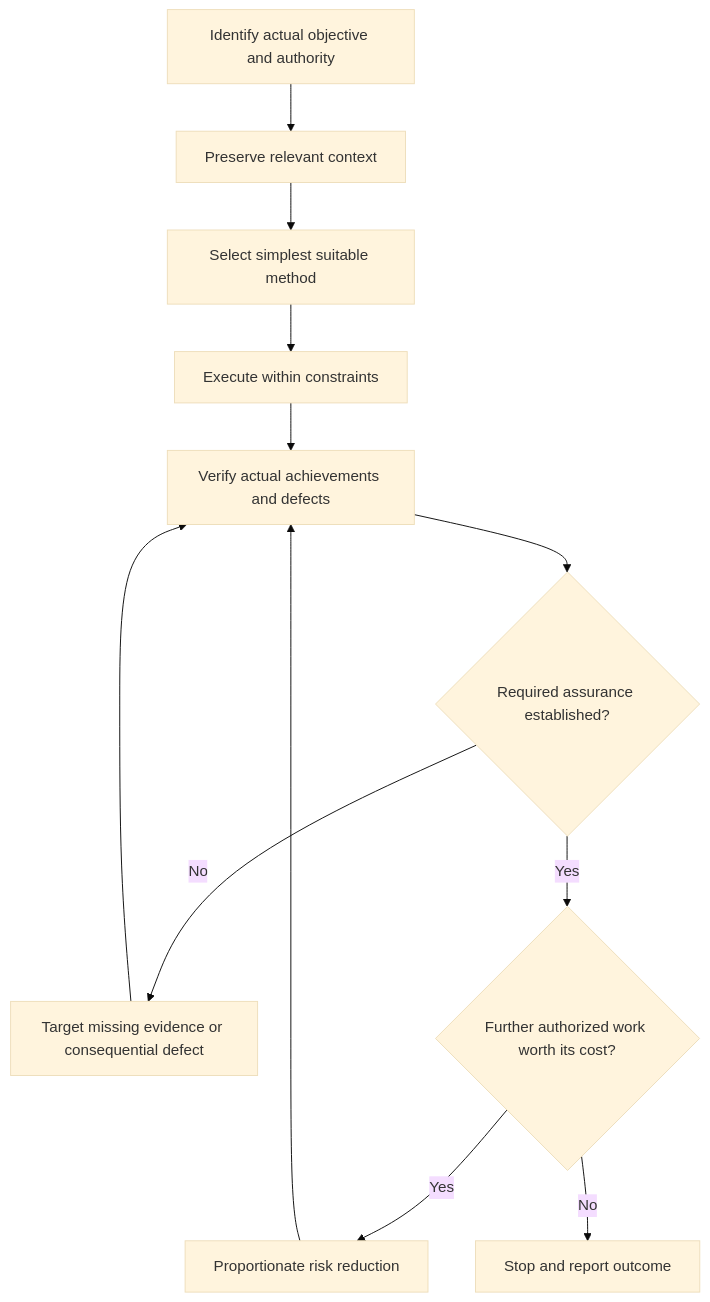
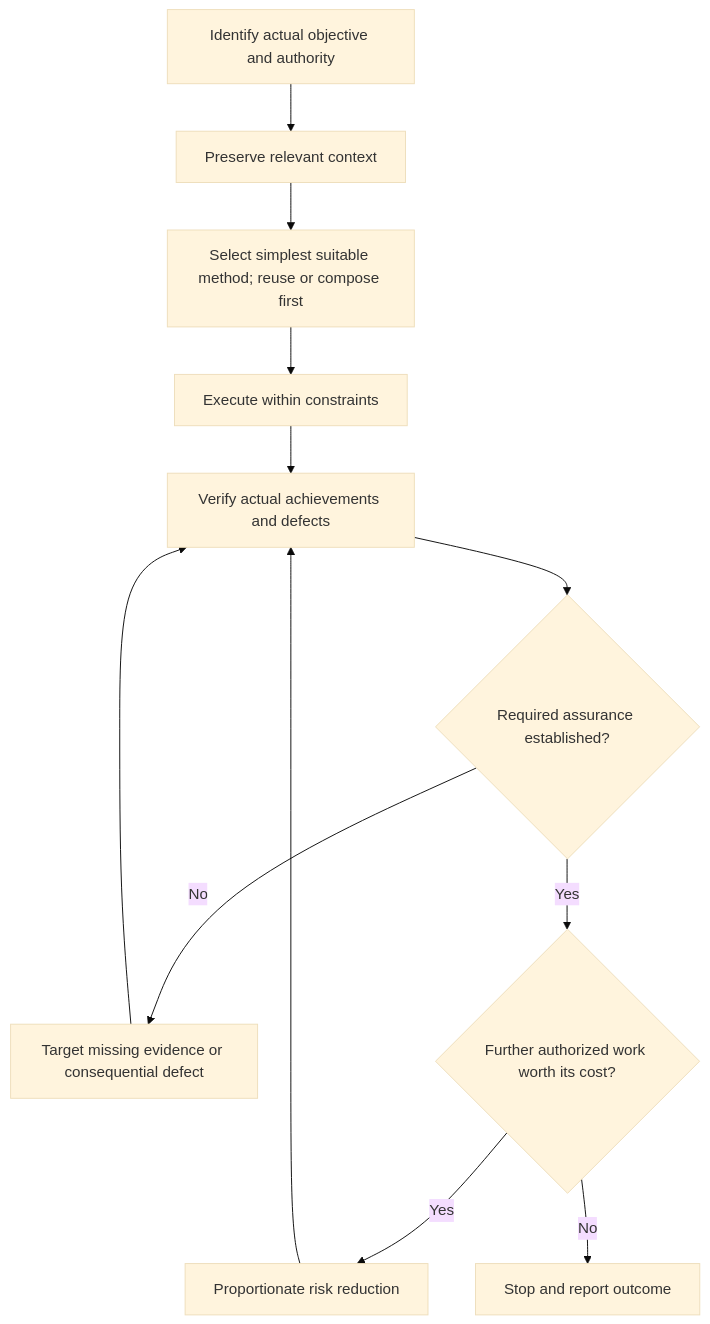
One commit to 661818yijack/ej-engineering-foundations changed the diagram in 00-engineering-foundations.md. Above: the diagram before and after it, drawn with Mermaid (base theme). The commit also changed other lines of this file and 1 other file, not shown here.

````diff
--- a/00-engineering-foundations.md
+++ b/00-engineering-foundations.md
@@ -39,14 +41,14 @@
 ```mermaid
 flowchart TD
     A[Identify actual objective and authority] --> B[Preserve relevant context]
-    B --> C[Select simplest suitable method]
+    B --> C[Select simplest suitable method; reuse or compose first]
     C --> D[Execute within constraints]
     D --> E[Verify actual achievements and defects]
     E --> F{Required assurance established?}
     F -->|No| G[Target missing evidence or consequential defect]
     G --> E
     F -->|Yes| H{Further authorized work worth its cost?}
     H -->|Yes| I[Proportionate risk reduction]
     I --> E
     H -->|No| J[Stop and report outcome]
 ```
````
